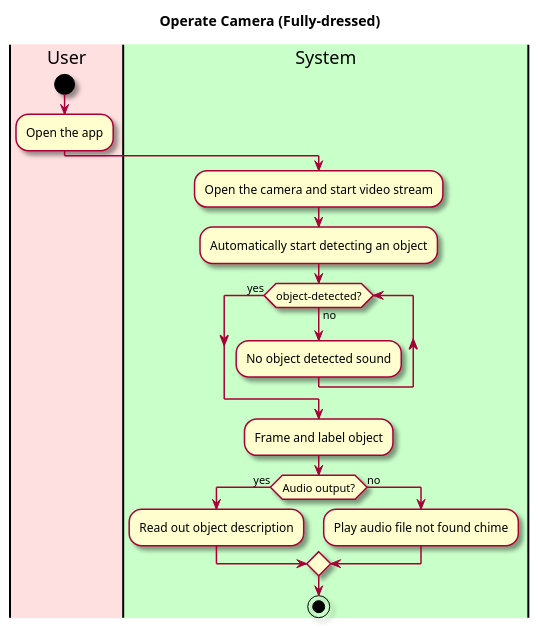
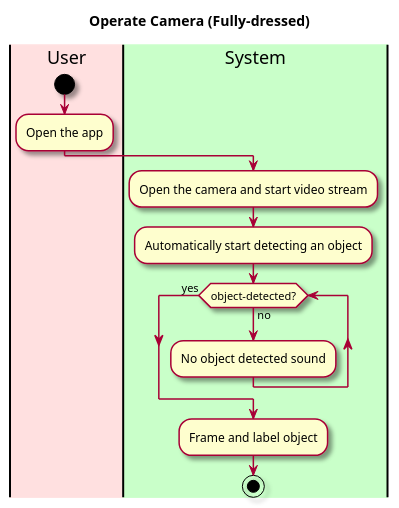
The diagram in intellij/doc/use-cases/analyze-video.md (tonyh1306/OBRE-Vision-through-a-screen), drawn with PlantUML before and after one commit. The commit also changed other lines of this file and 5 other files, not shown here.

````diff
--- a/intellij/doc/use-cases/analyze-video.md
+++ b/intellij/doc/use-cases/analyze-video.md
@@ -32,30 +28,25 @@
 ```plantuml
 @startuml
 
 skin rose
 
 title Operate Camera (Fully-dressed)
 
 'define the lanes
 |#implementation|User|
 |#technology|System|
 
 |User|
 start
 :Open the app;
 
 |System|
 :Open the camera and start video stream;
 :Automatically start detecting an object;
 while (object-detected?) is (no)
 :No object detected sound;
 endwhile(yes)
 :Frame and label object;
-if (Audio output?) then (yes)
-:Read out object description;
-else (no)
-:Play audio file not found chime;
-endif
 stop
 @enduml
 ```
````
